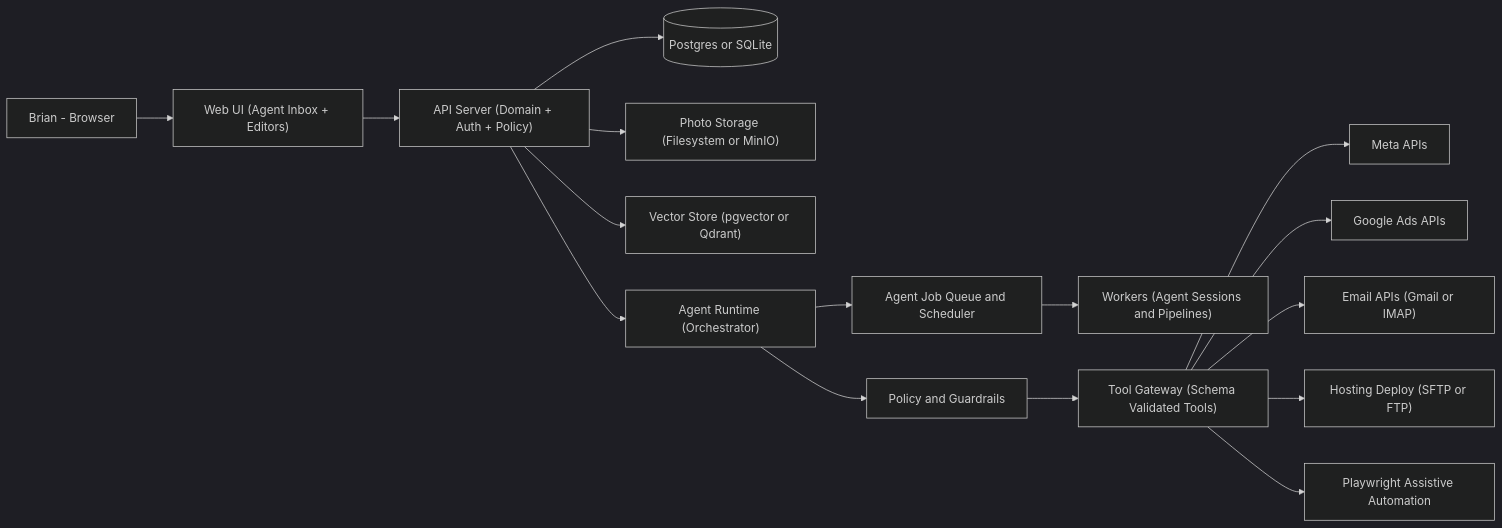
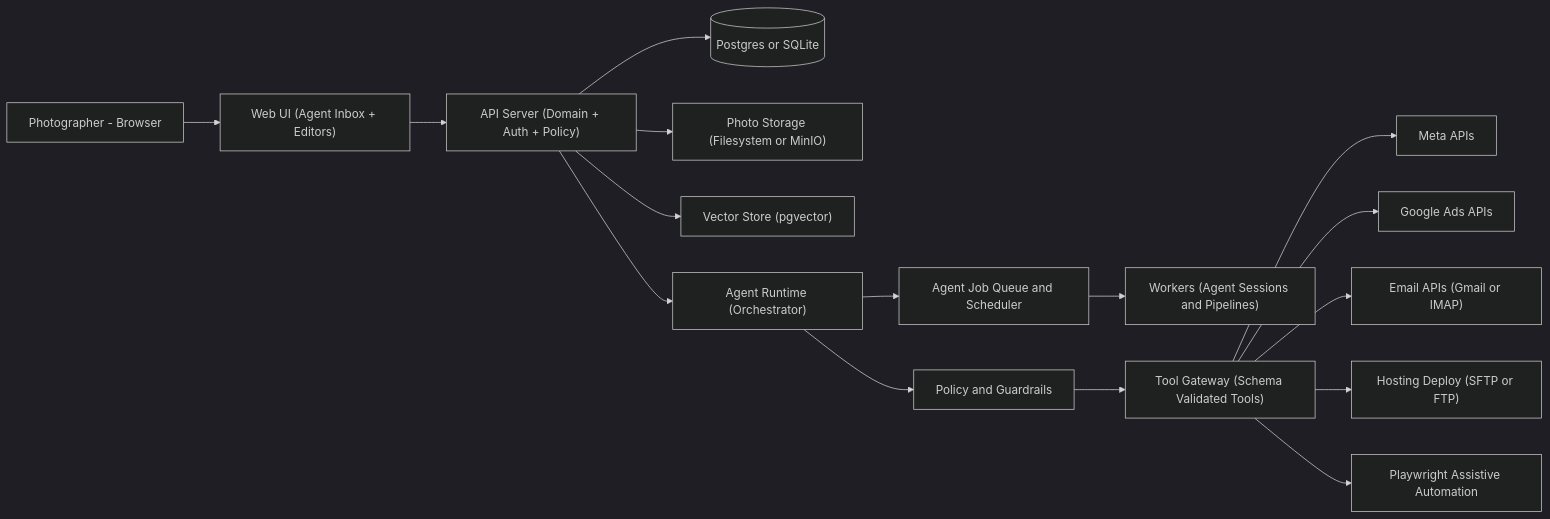
One commit to brianhopkins88/bhp-console changed the first of 3 diagrams in docs/BHP Management Console Architecture.md. Above: the diagram before and after it, drawn with Mermaid (dark theme). The commit also changed other lines of this file and 62 other files, not shown here.

````diff
--- a/docs/BHP Management Console Architecture.md
+++ b/docs/BHP Management Console Architecture.md
@@ -73,24 +94,24 @@
 ```mermaid
 flowchart LR
-  User["Brian - Browser"] --> UI["Web UI (Agent Inbox + Editors)"]
+  User["Photographer - Browser"] --> UI["Web UI (Agent Inbox + Editors)"]
   UI --> API["API Server (Domain + Auth + Policy)"]
 
   API --> DB[(Postgres or SQLite)]
   API --> FS["Photo Storage (Filesystem or MinIO)"]
-  API --> VEC["Vector Store (pgvector or Qdrant)"]
+  API --> VEC["Vector Store (pgvector)"]
 
   API --> AR["Agent Runtime (Orchestrator)"]
   AR --> PE["Policy and Guardrails"]
 
   AR --> Q["Agent Job Queue and Scheduler"]
   Q --> W["Workers (Agent Sessions and Pipelines)"]
 
   PE --> TG["Tool Gateway (Schema Validated Tools)"]
 
   TG --> META["Meta APIs"]
   TG --> GADS["Google Ads APIs"]
   TG --> EMAIL["Email APIs (Gmail or IMAP)"]
   TG --> HOST["Hosting Deploy (SFTP or FTP)"]
   TG --> BROWSER["Playwright Assistive Automation"]
 
 ```
````
